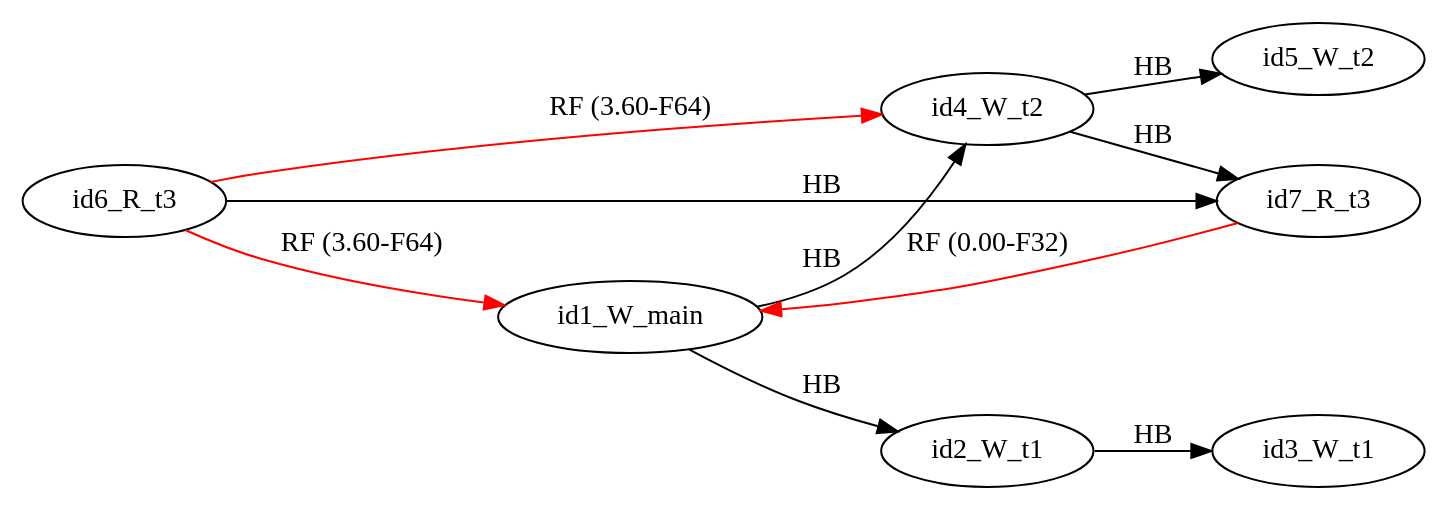
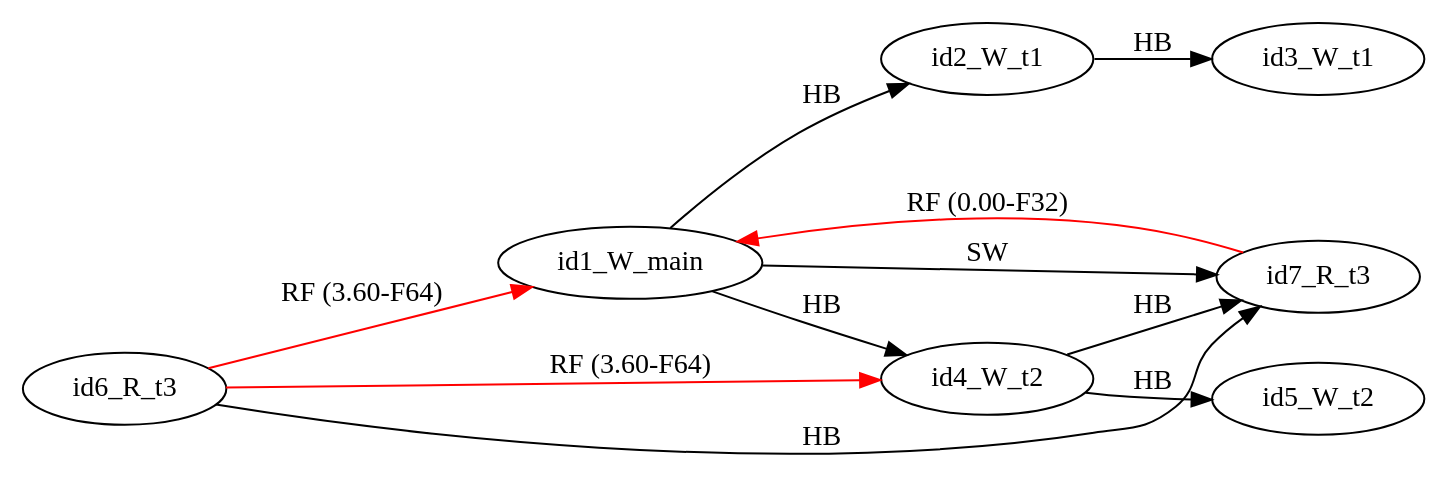
Before and after one commit to FMJS/EMME: the diagram in examples/single_var/sv_simple12/mm2.dot, drawn with Graphviz. The commit also changed 56 other files, not shown here.

```diff
--- a/examples/single_var/sv_simple12/mm2.dot
+++ b/examples/single_var/sv_simple12/mm2.dot
@@ -1,20 +1,21 @@
 digraph memory_model {
 rankdir=LR;
 splines=true; esep=0.5;
 id6_R_t3 -> id1_W_main [label = "RF (3.60-F64)", color="red"];
 id6_R_t3 -> id4_W_t2 [label = "RF (3.60-F64)", color="red"];
 id7_R_t3 -> id1_W_main [label = "RF (0.00-F32)", color="red"];
 id2_W_t1 -> id3_W_t1 [label = "HB", color="black"];
 id4_W_t2 -> id5_W_t2 [label = "HB", color="black"];
 id6_R_t3 -> id7_R_t3 [label = "HB", color="black"];
 id1_W_main -> id2_W_t1 [label = "HB", color="black"];
 id1_W_main -> id4_W_t2 [label = "HB", color="black"];
 id4_W_t2 -> id7_R_t3 [label = "HB", color="black"];
+id1_W_main -> id7_R_t3 [label = "SW", color="black"];
 id1_W_main [pos="5.0,4!"]
 id2_W_t1 [pos="0,2!"]
 id3_W_t1 [pos="0,0!"]
 id4_W_t2 [pos="5,2!"]
 id5_W_t2 [pos="5,0!"]
 id6_R_t3 [pos="10,2!"]
 id7_R_t3 [pos="10,0!"]
 }
```
